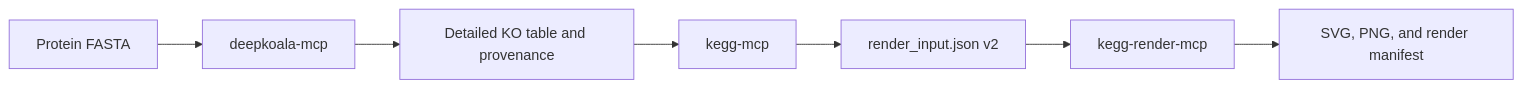
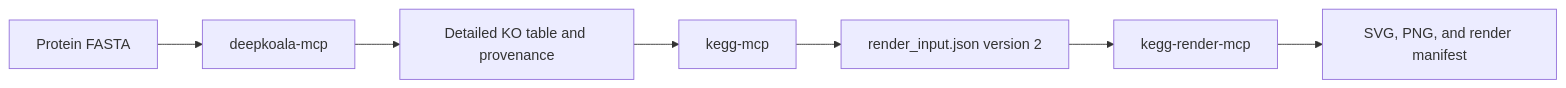
Before and after one commit to zhaoxi120/kegg_mcp: the diagram in docs/visualization-extension-plan.md, drawn with Mermaid. The commit also changed other lines of this file and 81 other files, not shown here.

Commit message:
Refactor MCP architecture and renderer exports

````diff
--- a/docs/visualization-extension-plan.md
+++ b/docs/visualization-extension-plan.md
@@ -27,9 +27,9 @@
 ```mermaid
 flowchart LR
     FASTA["Protein FASTA"] --> DK["deepkoala-mcp"]
     DK --> EVIDENCE["Detailed KO table and provenance"]
     EVIDENCE --> CORE["kegg-mcp"]
-    CORE --> HANDOFF["render_input.json v2"]
+    CORE --> HANDOFF["render_input.json version 2"]
     HANDOFF --> RENDER["kegg-render-mcp"]
     RENDER --> ARTIFACTS["SVG, PNG, and render manifest"]
 ```
````
